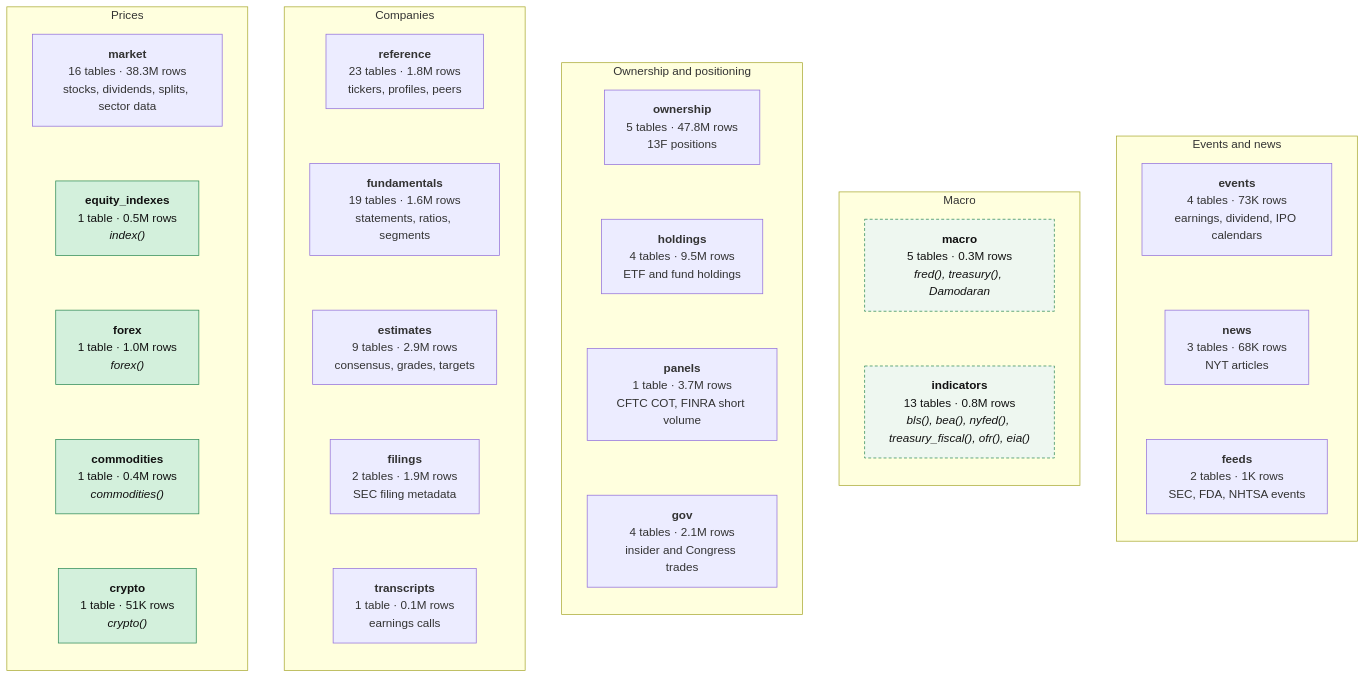
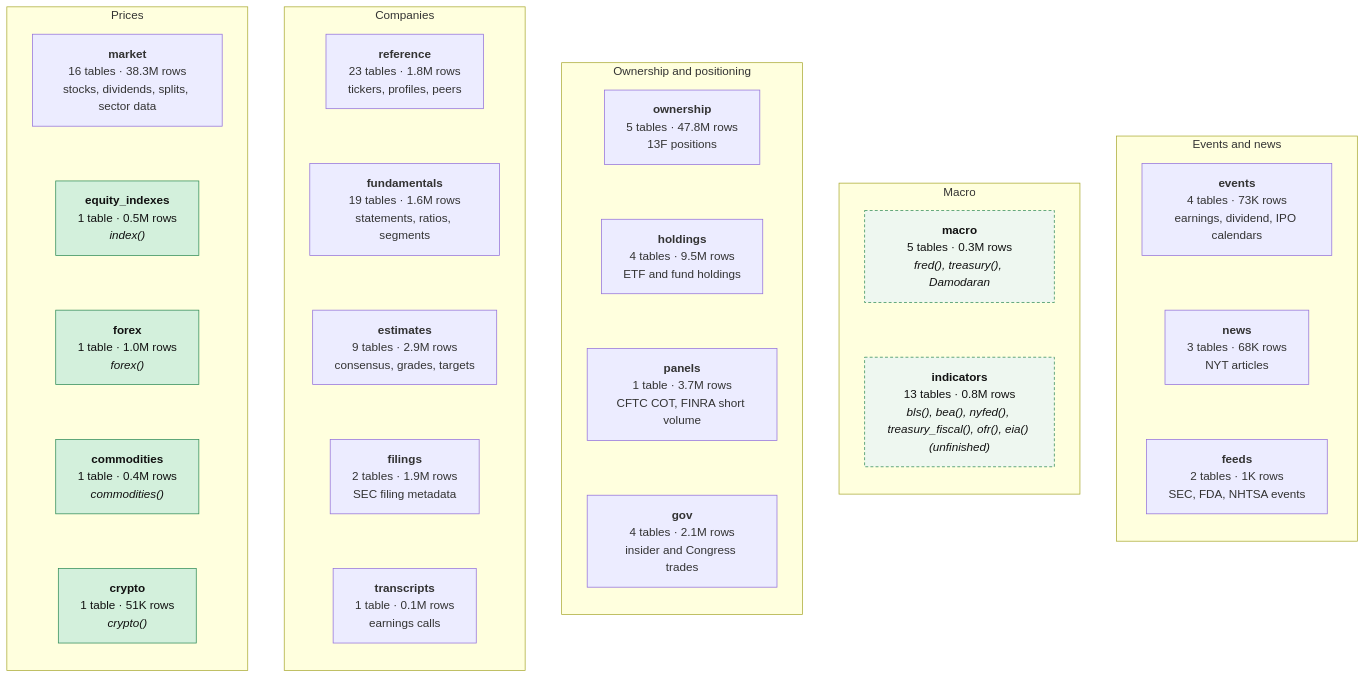
Before and after one commit to AnshArora04/arora_data: the third of 3 diagrams in README.md, drawn with Mermaid. The commit also changed other lines of this file and 2 other files, not shown here.

First line of the commit message:
docs: flag eia() as unfinished; move its notebook to notebooks/unfinished/

````diff
--- a/README.md
+++ b/README.md
@@ -81,48 +81,48 @@
 ```mermaid
 flowchart LR
   subgraph PR["Prices"]
     direction TB
     market["<b>market</b><br/>16 tables · 38.3M rows<br/>stocks, dividends, splits, sector data"]
     equity_indexes["<b>equity_indexes</b><br/>1 table · 0.5M rows<br/><i>index()</i>"]
     forex["<b>forex</b><br/>1 table · 1.0M rows<br/><i>forex()</i>"]
     commodities["<b>commodities</b><br/>1 table · 0.4M rows<br/><i>commodities()</i>"]
     crypto["<b>crypto</b><br/>1 table · 51K rows<br/><i>crypto()</i>"]
   end
   subgraph CO["Companies"]
     direction TB
     reference["<b>reference</b><br/>23 tables · 1.8M rows<br/>tickers, profiles, peers"]
     fundamentals["<b>fundamentals</b><br/>19 tables · 1.6M rows<br/>statements, ratios, segments"]
     estimates["<b>estimates</b><br/>9 tables · 2.9M rows<br/>consensus, grades, targets"]
     filings["<b>filings</b><br/>2 tables · 1.9M rows<br/>SEC filing metadata"]
     transcripts["<b>transcripts</b><br/>1 table · 0.1M rows<br/>earnings calls"]
   end
   subgraph OW["Ownership and positioning"]
     direction TB
     ownership["<b>ownership</b><br/>5 tables · 47.8M rows<br/>13F positions"]
     holdings["<b>holdings</b><br/>4 tables · 9.5M rows<br/>ETF and fund holdings"]
     panels["<b>panels</b><br/>1 table · 3.7M rows<br/>CFTC COT, FINRA short volume"]
     gov["<b>gov</b><br/>4 tables · 2.1M rows<br/>insider and Congress trades"]
   end
   subgraph MA["Macro"]
     direction TB
     macro["<b>macro</b><br/>5 tables · 0.3M rows<br/><i>fred(), treasury(), Damodaran</i>"]
-    indicators["<b>indicators</b><br/>13 tables · 0.8M rows<br/><i>bls(), bea(), nyfed(), treasury_fiscal(), ofr(), eia()</i>"]
+    indicators["<b>indicators</b><br/>13 tables · 0.8M rows<br/><i>bls(), bea(), nyfed(), treasury_fiscal(), ofr(), eia() (unfinished)</i>"]
   end
   subgraph EV["Events and news"]
     direction TB
     events["<b>events</b><br/>4 tables · 73K rows<br/>earnings, dividend, IPO calendars"]
     news["<b>news</b><br/>3 tables · 68K rows<br/>NYT articles"]
     feeds["<b>feeds</b><br/>2 tables · 1K rows<br/>SEC, FDA, NHTSA events"]
   end
   PR ~~~ CO ~~~ OW ~~~ MA ~~~ EV
   market ~~~ equity_indexes ~~~ forex ~~~ commodities ~~~ crypto
   reference ~~~ fundamentals ~~~ estimates ~~~ filings ~~~ transcripts
   ownership ~~~ holdings ~~~ panels ~~~ gov
   macro ~~~ indicators
   events ~~~ news ~~~ feeds
 
   classDef read fill:#d3f0dc,stroke:#2e8b57,color:#111
   classDef part fill:#eef7f0,stroke:#2e8b57,stroke-dasharray:4 3,color:#111
   class equity_indexes,forex,commodities,crypto read
   class macro,indicators part
 ```
````
